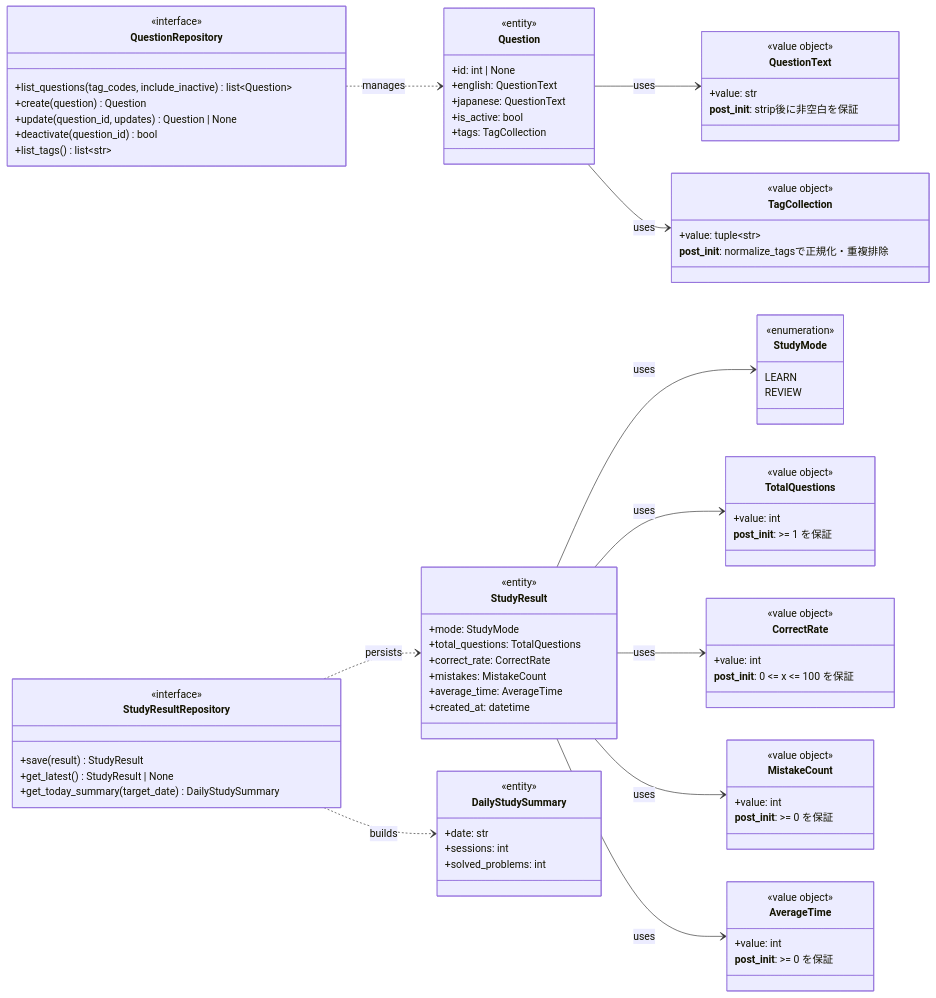
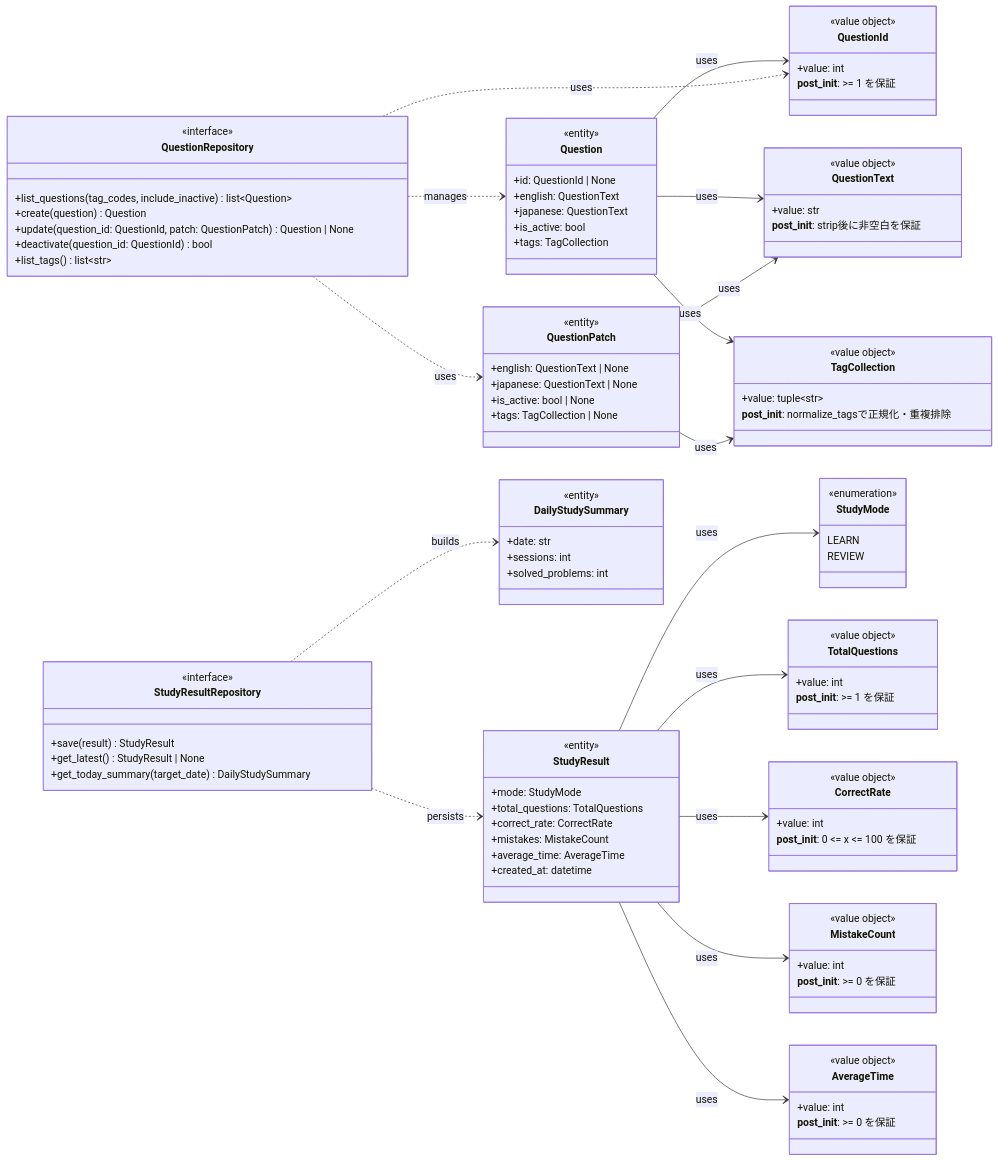
One commit to tokitaku/typing-app changed the diagram in backend/docs/domain-model.md. Above: the diagram before and after it, drawn with Mermaid. The commit also changed other lines of this file, not shown here.

Commit message:
docs: add QuestionId and QuestionPatch to domain model diagram (#88)

````diff
--- a/backend/docs/domain-model.md
+++ b/backend/docs/domain-model.md
@@ -10,6 +10,12 @@
         <<enumeration>>
         LEARN
         REVIEW
+    }
+
+    class QuestionId {
+        <<value object>>
+        +value: int
+        __post_init__: >= 1 を保証
     }
 
     class QuestionText {
@@ -50,11 +56,19 @@
 
     class Question {
         <<entity>>
-        +id: int | None
+        +id: QuestionId | None
         +english: QuestionText
         +japanese: QuestionText
         +is_active: bool
         +tags: TagCollection
+    }
+
+    class QuestionPatch {
+        <<entity>>
+        +english: QuestionText | None
+        +japanese: QuestionText | None
+        +is_active: bool | None
+        +tags: TagCollection | None
     }
 
     class StudyResult {
@@ -78,8 +92,8 @@
         <<interface>>
         +list_questions(tag_codes, include_inactive) list~Question~
         +create(question) Question
-        +update(question_id, updates) Question | None
-        +deactivate(question_id) bool
+        +update(question_id: QuestionId, patch: QuestionPatch) Question | None
+        +deactivate(question_id: QuestionId) bool
         +list_tags() list~str~
     }
 
@@ -90,14 +104,19 @@
         +get_today_summary(target_date) DailyStudySummary
     }
 
+    Question --> QuestionId : uses
     Question --> QuestionText : uses
     Question --> TagCollection : uses
+    QuestionPatch --> QuestionText : uses
+    QuestionPatch --> TagCollection : uses
     StudyResult --> StudyMode : uses
     StudyResult --> TotalQuestions : uses
     StudyResult --> CorrectRate : uses
     StudyResult --> MistakeCount : uses
     StudyResult --> AverageTime : uses
     QuestionRepository ..> Question : manages
+    QuestionRepository ..> QuestionPatch : uses
+    QuestionRepository ..> QuestionId : uses
     StudyResultRepository ..> StudyResult : persists
     StudyResultRepository ..> DailyStudySummary : builds
 ```
````
